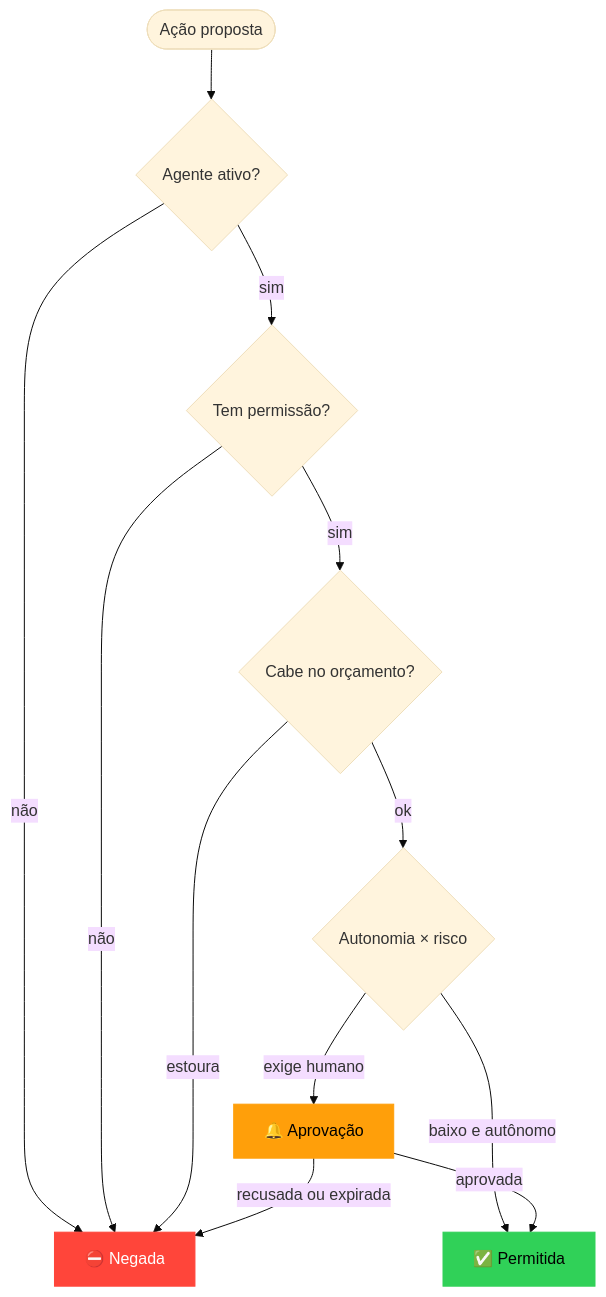
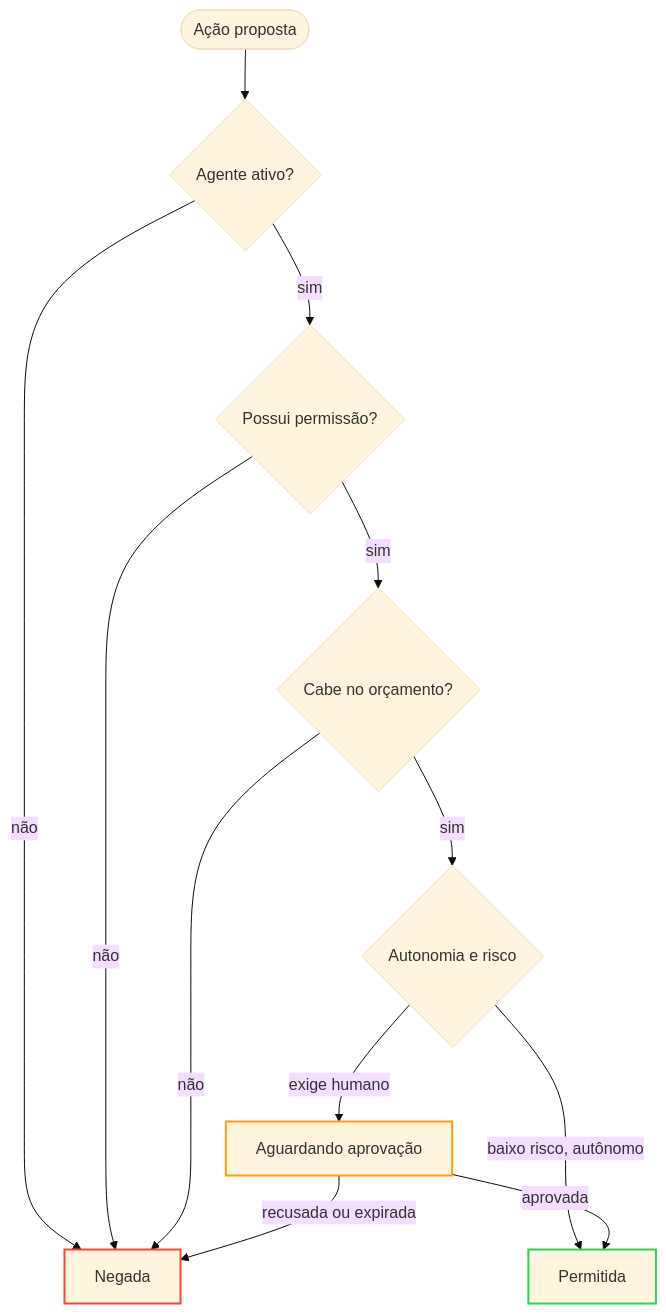
The second of 5 diagrams in README.md (Apoloundifinied/Oxty-control-agent), drawn with Mermaid (base theme) before and after one commit. The commit also changed other lines of this file, not shown here.

````diff
--- a/README.md
+++ b/README.md
@@ -96,21 +79,21 @@
 ```mermaid
 flowchart TD
     A([Ação proposta]) --> B{Agente ativo?}
-    B -- não --> X[⛔ Negada]
-    B -- sim --> C{Tem permissão?}
+    B -- não --> X[Negada]
+    B -- sim --> C{Possui permissão?}
     C -- não --> X
     C -- sim --> D{Cabe no orçamento?}
-    D -- estoura --> X
-    D -- ok --> E{Autonomia × risco}
-    E -- baixo e autônomo --> OK[✅ Permitida]
-    E -- exige humano --> Q[🔔 Aprovação]
+    D -- não --> X
+    D -- sim --> E{Autonomia e risco}
+    E -- baixo risco, autônomo --> OK[Permitida]
+    E -- exige humano --> Q[Aguardando aprovação]
     Q -- aprovada --> OK
     Q -- recusada ou expirada --> X
 
-    classDef ok fill:#30d158,stroke:#30d158,color:#000
-    classDef no fill:#ff453a,stroke:#ff453a,color:#fff
-    classDef ask fill:#ff9f0a,stroke:#ff9f0a,color:#000
-    class OK ok
-    class X no
-    class Q ask
+    classDef permitida stroke:#30d158,stroke-width:2px
+    classDef negada stroke:#ff453a,stroke-width:2px
+    classDef pendente stroke:#ff9f0a,stroke-width:2px
+    class OK permitida
+    class X negada
+    class Q pendente
 ```
````
